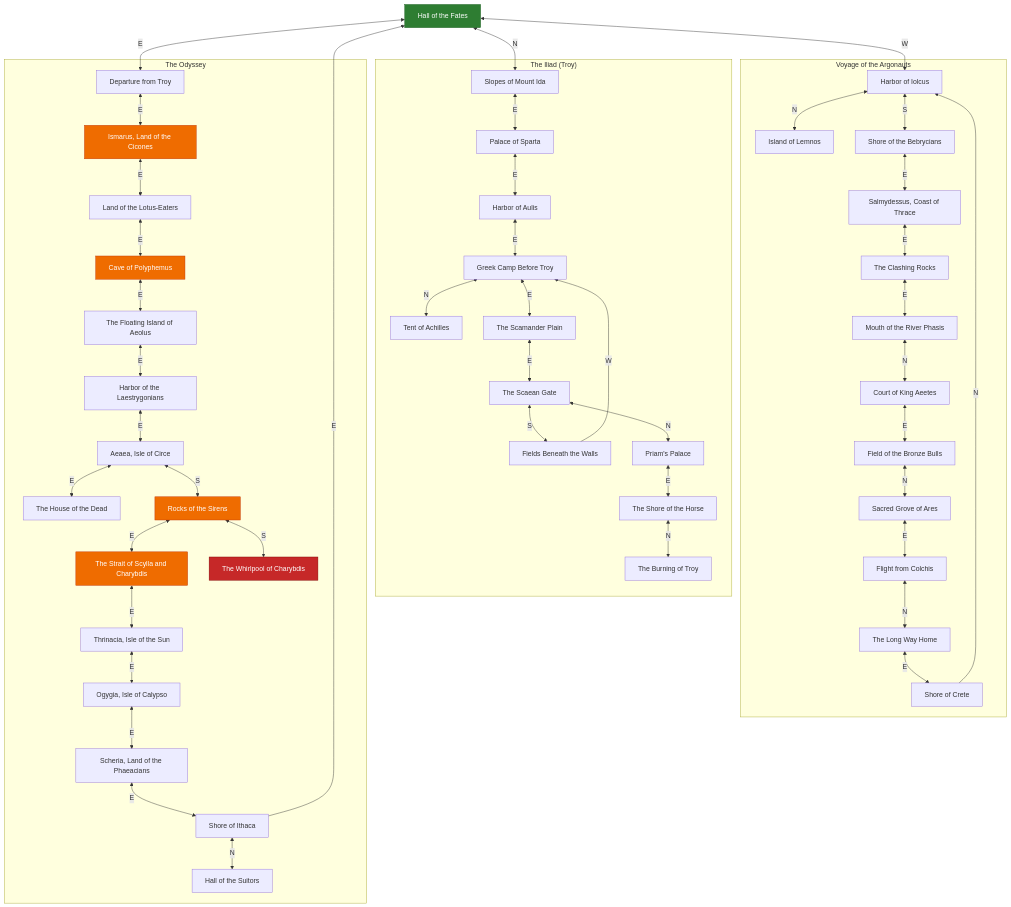
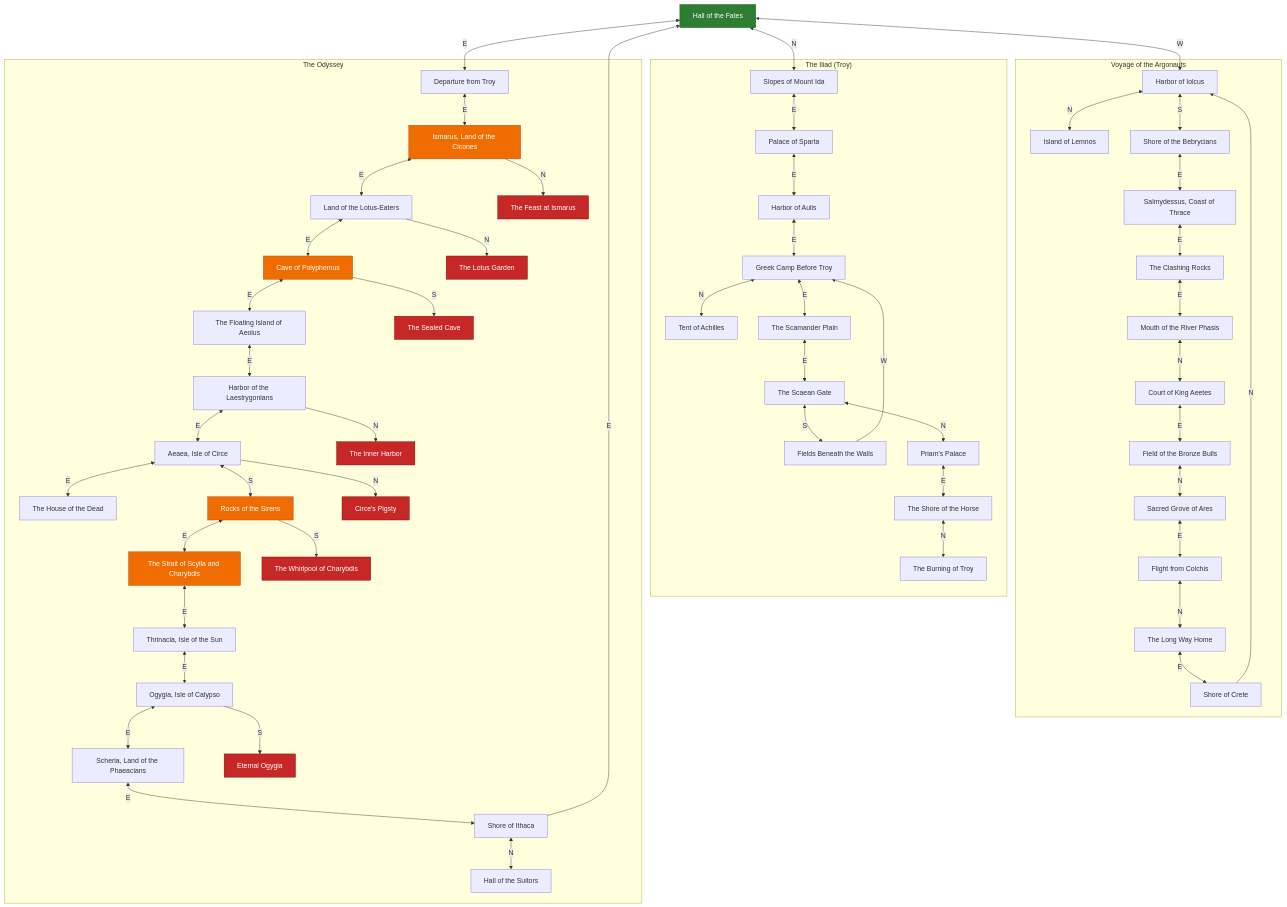
One commit to anju0618/The_Answer_Protocol changed the second of 2 diagrams in README.md. Above: the diagram before and after it, drawn with Mermaid. The commit also changed other lines of this file and 4 other files, not shown here.

````diff
--- a/README.md
+++ b/README.md
@@ -406,6 +419,12 @@
     ody_phaeacia["Scheria, Land of the Phaeacians"]
     ody_ithaca_shore["Shore of Ithaca"]
     ody_palace["Hall of the Suitors"]
+    ody_ismarus_feast["The Feast at Ismarus"]
+    ody_lotus_garden["The Lotus Garden"]
+    ody_sealed_cave["The Sealed Cave"]
+    ody_laestrygonian_depths["The Inner Harbor"]
+    ody_pigsty["Circe's Pigsty"]
+    ody_eternal_ogygia["Eternal Ogygia"]
   end
   hall_of_fates <-->|W| argo_iolcus
   hall_of_fates <-->|E| ody_troy_shore
@@ -415,13 +434,16 @@
   ody_troy_shore <-->|E| ody_cicones
   troy_ida <-->|E| troy_sparta
   argo_bebrycia <-->|E| argo_salmydessus
+  ody_cicones -->|N| ody_ismarus_feast
   ody_cicones <-->|E| ody_lotus
   troy_sparta <-->|E| troy_aulis
   argo_salmydessus <-->|E| argo_symplegades
   ody_lotus <-->|E| ody_cyclops
+  ody_lotus -->|N| ody_lotus_garden
   troy_aulis <-->|E| troy_camp
   argo_symplegades <-->|E| argo_colchis_shore
   ody_cyclops <-->|E| ody_aeolus
+  ody_cyclops -->|S| ody_sealed_cave
   troy_camp <-->|N| troy_achilles_tent
   troy_camp <-->|E| troy_plain
   argo_colchis_shore <-->|N| argo_court_aeetes
@@ -429,15 +451,17 @@
   troy_plain <-->|E| troy_gate
   argo_court_aeetes <-->|E| argo_bull_field
   ody_laestrygonians <-->|E| ody_circe
+  ody_laestrygonians -->|N| ody_laestrygonian_depths
   troy_gate <-->|N| troy_city
   troy_gate <-->|S| troy_countryside
   troy_countryside -->|W| troy_camp
   argo_bull_field <-->|N| argo_grove
+  ody_circe -->|N| ody_pigsty
   ody_circe <-->|S| ody_sirens
   ody_circe <-->|E| ody_underworld
   troy_city <-->|E| troy_horse
   argo_grove <-->|E| argo_flight
-  ody_sirens <-->|S| ody_charybdis
+  ody_sirens -->|S| ody_charybdis
   ody_sirens <-->|E| ody_scylla
   troy_horse <-->|N| troy_fall
   argo_flight <-->|N| argo_return_sea
@@ -445,6 +469,7 @@
   argo_return_sea <-->|E| argo_crete
   ody_thrinacia <-->|E| ody_calypso
   argo_crete -->|N| argo_iolcus
+  ody_calypso -->|S| ody_eternal_ogygia
   ody_calypso <-->|E| ody_phaeacia
   ody_phaeacia <-->|E| ody_ithaca_shore
   ody_ithaca_shore -->|E| hall_of_fates
@@ -454,5 +479,5 @@
   classDef lethal fill:#c62828,color:#fff,stroke:#7f0000
   class hall_of_fates hub
   class ody_cicones,ody_cyclops,ody_sirens,ody_scylla hazard
-  class ody_charybdis lethal
+  class ody_charybdis,ody_ismarus_feast,ody_lotus_garden,ody_sealed_cave,ody_laestrygonian_depths,ody_pigsty,ody_eternal_ogygia lethal
 ```
````
